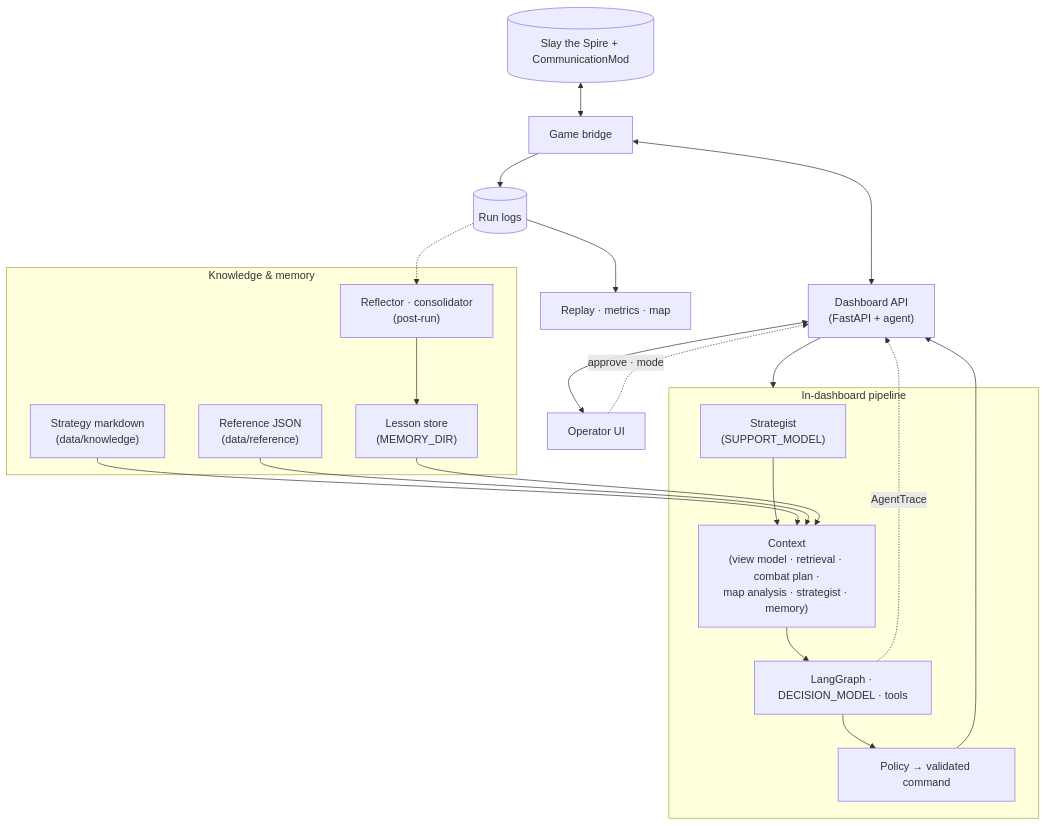
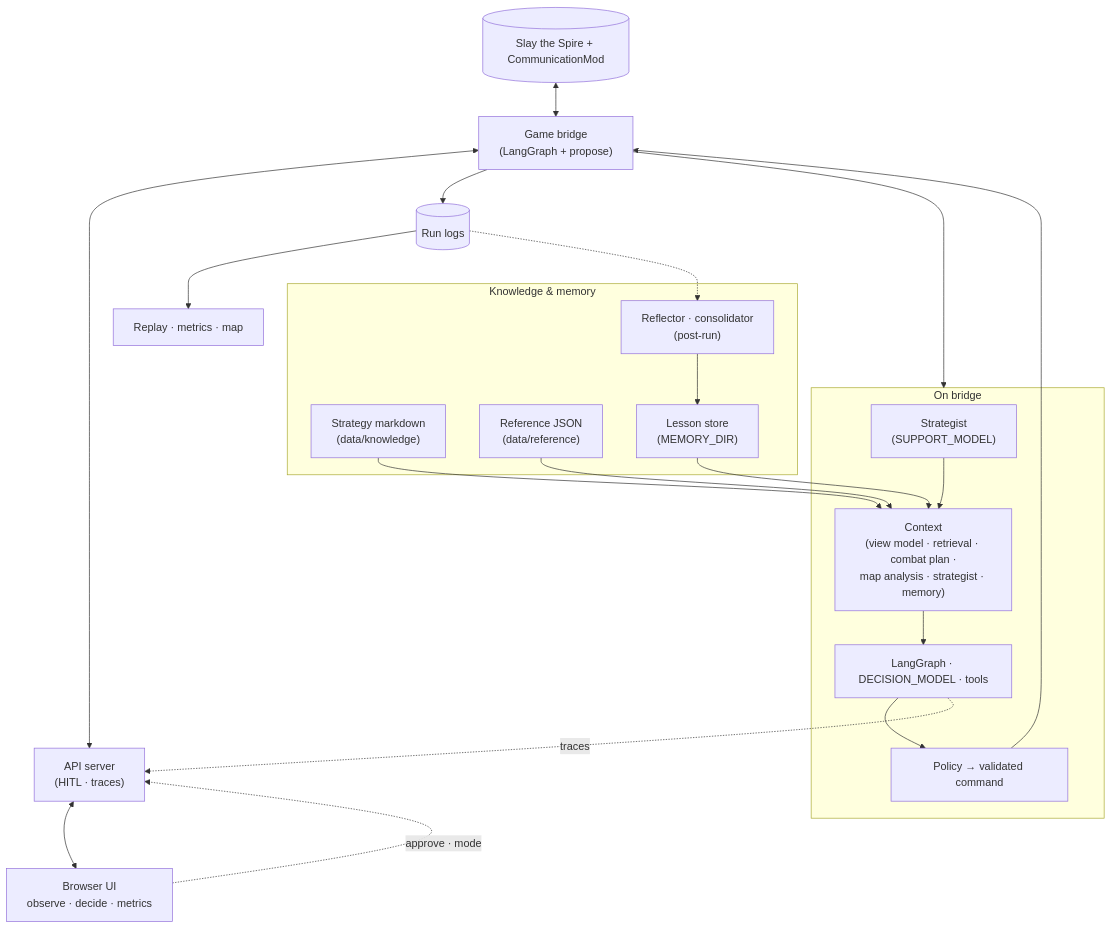
The diagram in README.md (Minhao-Zhang/slay_the_spire_agent), drawn with Mermaid before and after one commit. The commit also changed other lines of this file and 5 other files, not shown here.

````diff
--- a/README.md
+++ b/README.md
@@ -69,34 +62,34 @@
 ```mermaid
 flowchart TB
-  Game[("Slay the Spire + CommunicationMod")] <--> Bridge["Game bridge"]
-  Bridge <--> Dash["Dashboard API\n(FastAPI + agent)"]
-  Dash <--> UI["Operator UI"]
+  Game[("Slay the Spire + CommunicationMod")] <--> Bridge["Game bridge\n(LangGraph + propose)"]
+  Bridge <--> Api["API server\n(HITL · traces)"]
+  Api <--> UI["Browser UI\nobserve · decide · metrics"]
 
   subgraph Know["Knowledge & memory"]
     KBM["Strategy markdown\n(data/knowledge)"]
     RefJ["Reference JSON\n(data/reference)"]
     Mem["Lesson store\n(MEMORY_DIR)"]
     Post["Reflector · consolidator\n(post-run)"]
   end
 
-  subgraph Runtime["In-dashboard pipeline"]
+  subgraph Runtime["On bridge"]
     Strat["Strategist\n(SUPPORT_MODEL)"]
     Ctx["Context\n(view model · retrieval · combat plan ·\nmap analysis · strategist · memory)"]
     Loop["LangGraph · DECISION_MODEL · tools"]
     Pol["Policy → validated command"]
     Strat --> Ctx --> Loop --> Pol
   end
 
   KBM --> Ctx
   RefJ --> Ctx
   Mem --> Ctx
-  Dash --> Runtime
-  Pol --> Dash
-  Loop -.->|AgentTrace| Dash
-  UI -.->|approve · mode| Dash
+  Bridge --> Runtime
+  Pol --> Bridge
+  Loop -.->|traces| Api
+  UI -.->|approve · mode| Api
 
   Bridge --> Logs[("Run logs")]
   Logs --> Replay["Replay · metrics · map"]
   Logs -.-> Post
   Post --> Mem
 ```
````
